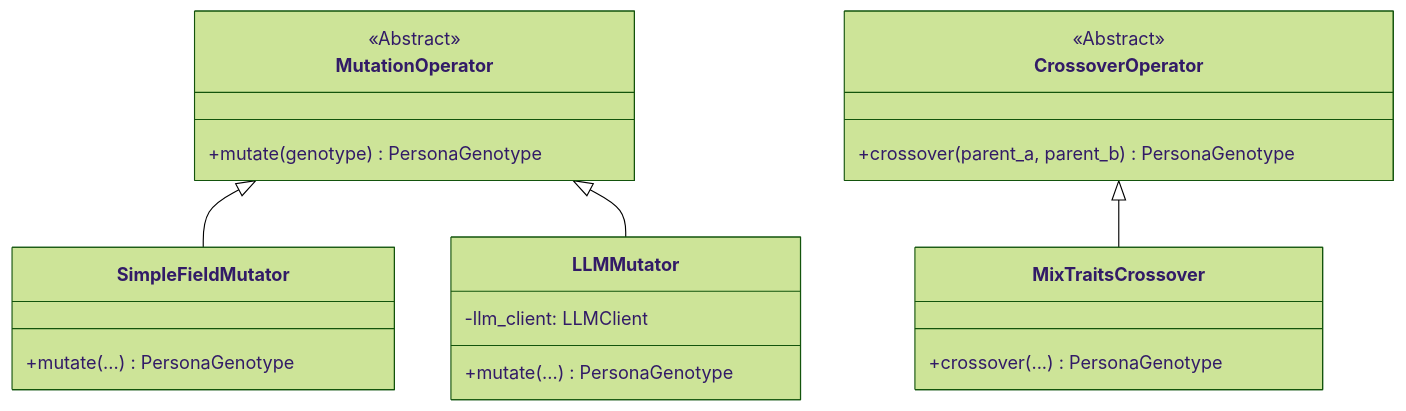
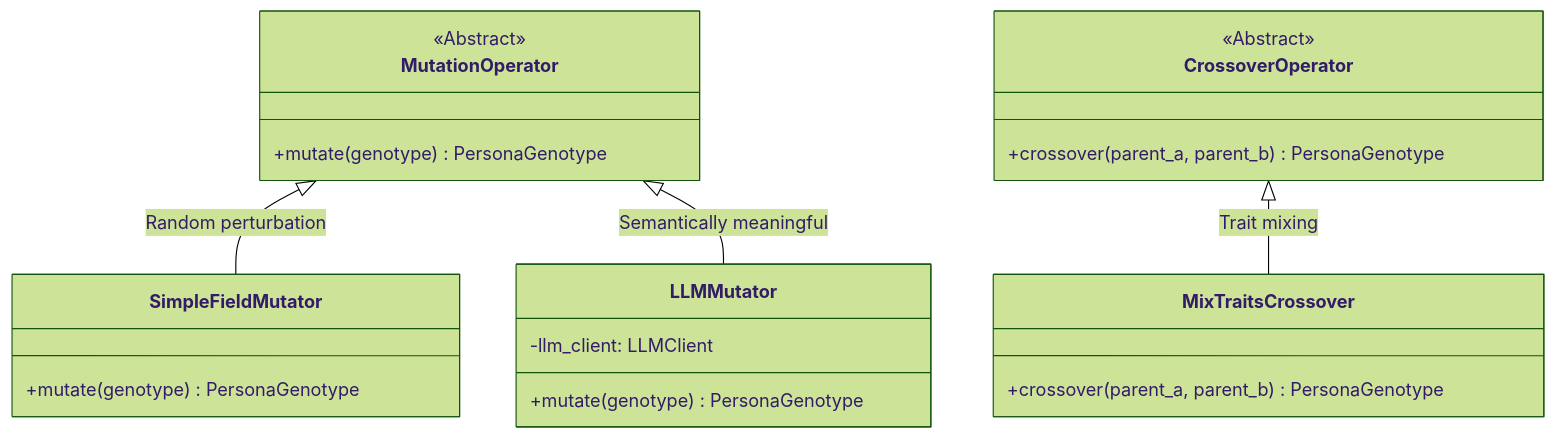
One commit to Keyhole-Koro/snackPersona changed the third of 5 diagrams in orchestrator/orchestrator.md. Above: the diagram before and after it, drawn with Mermaid (forest theme). The commit also changed other lines of this file and 7 other files, not shown here.

Commit message:
docs: Enhance documentation for core modules with detailed overviews, diagrams, and examples for clarity and understanding.

````diff
--- a/orchestrator/orchestrator.md
+++ b/orchestrator/orchestrator.md
@@ -41,26 +93,26 @@
 ```mermaid
 classDiagram
     class MutationOperator {
         <<Abstract>>
         +mutate(genotype) PersonaGenotype
     }
     class SimpleFieldMutator {
-        +mutate(...) PersonaGenotype
+        +mutate(genotype) PersonaGenotype
     }
     class LLMMutator {
         -llm_client: LLMClient
-        +mutate(...) PersonaGenotype
+        +mutate(genotype) PersonaGenotype
     }
 
     class CrossoverOperator {
         <<Abstract>>
         +crossover(parent_a, parent_b) PersonaGenotype
     }
     class MixTraitsCrossover {
-        +crossover(...) PersonaGenotype
+        +crossover(parent_a, parent_b) PersonaGenotype
     }
 
-    MutationOperator <|-- SimpleFieldMutator
-    MutationOperator <|-- LLMMutator
-    CrossoverOperator <|-- MixTraitsCrossover
+    MutationOperator <|-- SimpleFieldMutator : Random perturbation
+    MutationOperator <|-- LLMMutator : Semantically meaningful
+    CrossoverOperator <|-- MixTraitsCrossover : Trait mixing
 ```
````
